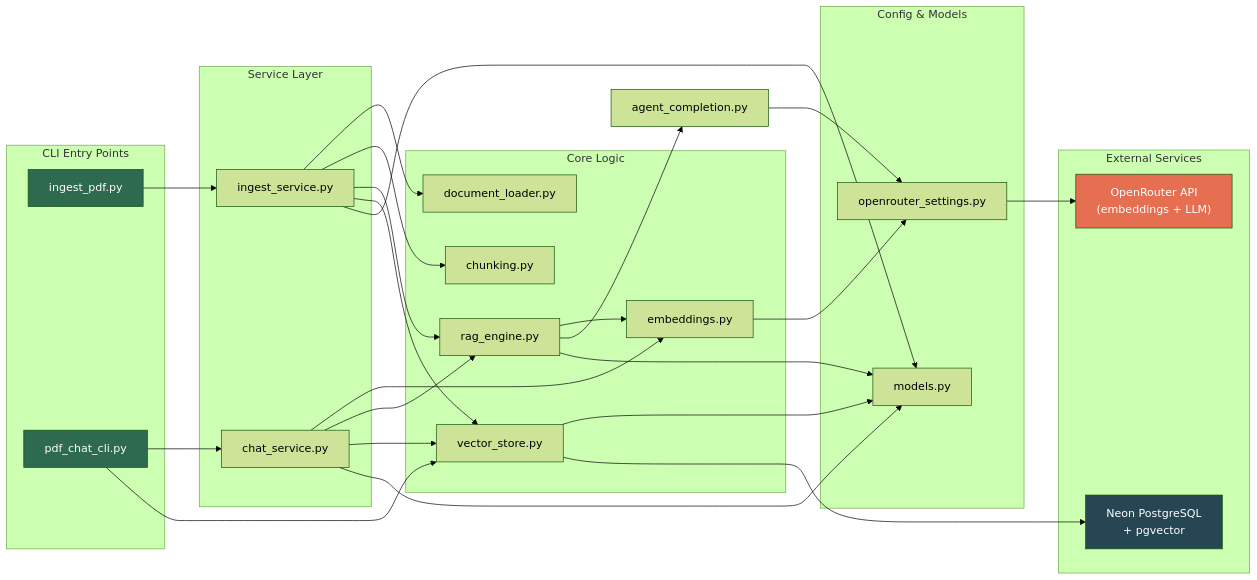
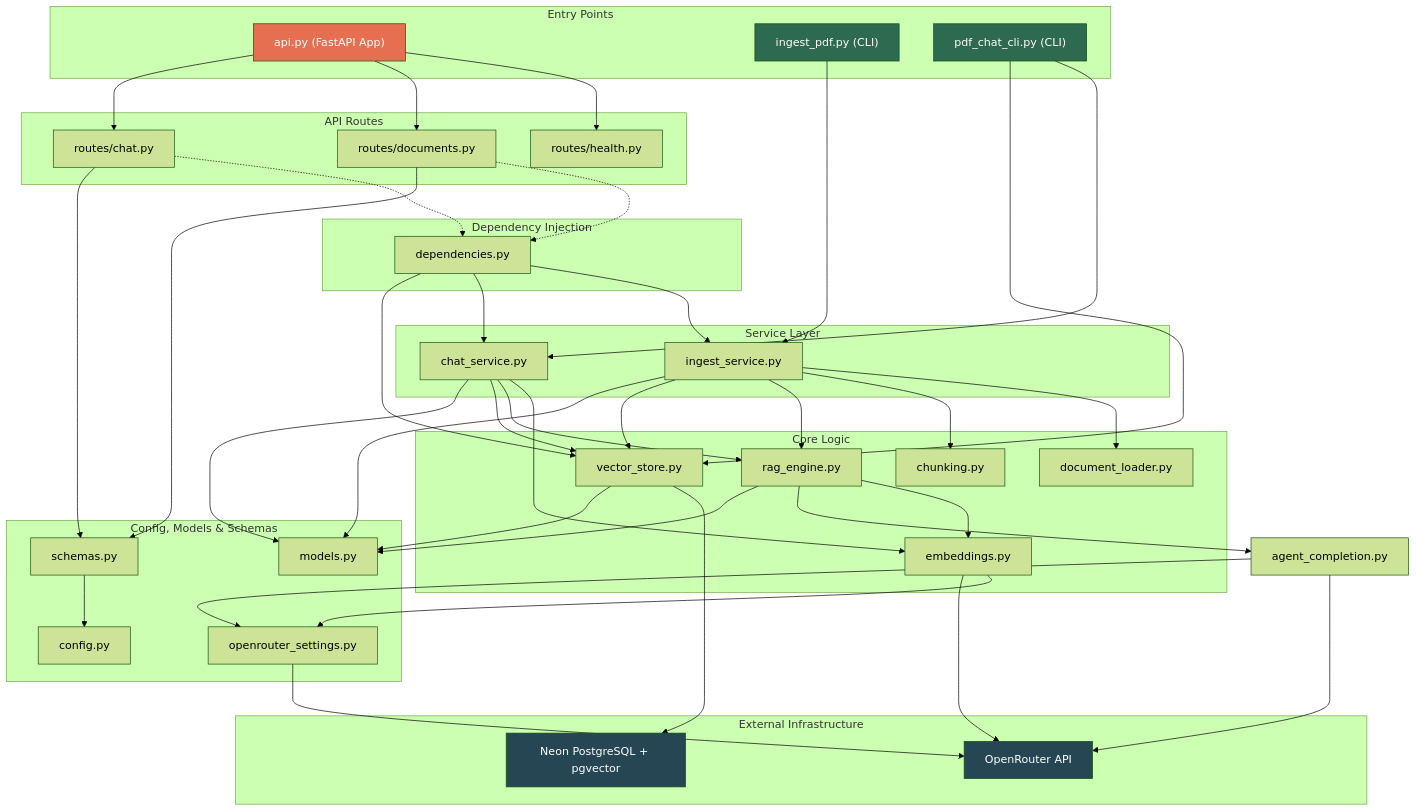
The fourth of 4 diagrams in project_flow.md (hasnatsakil/agentic-rag-service), drawn with Mermaid (forest theme) before and after one commit. The commit also changed other lines of this file and 34 other files, not shown here.

Commit message:
feat: Week 3 update - fastapi REST API layer with pydantic schemas

````diff
--- a/project_flow.md
+++ b/project_flow.md
@@ -87,8 +135,19 @@
 ```mermaid
-flowchart LR
-    subgraph CLI["CLI Entry Points"]
-        IP["ingest_pdf.py"]
-        PC["pdf_chat_cli.py"]
+flowchart TD
+    subgraph Entry["Entry Points"]
+        API["api.py (FastAPI App)"]
+        IP["ingest_pdf.py (CLI)"]
+        PC["pdf_chat_cli.py (CLI)"]
+    end
+
+    subgraph API_Routes["API Routes"]
+        RH["routes/health.py"]
+        RD["routes/documents.py"]
+        RC["routes/chat.py"]
+    end
+
+    subgraph Dependency["Dependency Injection"]
+        DEP["dependencies.py"]
     end
 
     subgraph Services["Service Layer"]
@@ -104,44 +163,61 @@
         VS["vector_store.py"]
     end
 
-    subgraph Config["Config & Models"]
+    subgraph Config_Models["Config, Models & Schemas"]
+        CONF["config.py"]
+        SCH["schemas.py"]
         OR["openrouter_settings.py"]
         MD["models.py"]
     end
 
-    subgraph External["External Services"]
-        NE["Neon PostgreSQL\n+ pgvector"]
-        OA["OpenRouter API\n(embeddings + LLM)"]
+    subgraph External["External Infrastructure"]
+        NE["Neon PostgreSQL + pgvector"]
+        OA["OpenRouter API"]
     end
 
+    %% Routing Flow
+    API --> RH
+    API --> RD
+    API --> RC
+
+    %% Dependency Connections
+    RD -.-> DEP
+    RC -.-> DEP
+    DEP --> IS
+    DEP --> CS
+    DEP --> VS
+
+    %% CLI Connections
     IP --> IS
     PC --> CS
     PC --> VS
 
+    %% Service Connections
     IS --> DL
     IS --> CH
     IS --> RE
     IS --> VS
-    IS --> MD
-
+    
     CS --> EM
     CS --> RE
     CS --> VS
-    CS --> MD
 
+    %% Core Connections
     RE --> EM
     RE --> AC["agent_completion.py"]
-    RE --> MD
-
     EM --> OR
     AC --> OR
-    VS --> MD
-
-    OR --> OA
     VS --> NE
 
+    %% Configuration & Schema usage
+    RD & RC --> SCH
+    SCH --> CONF
+    VS & IS & CS & RE --> MD
+    OR & AC & EM --> OA
+
+    style API fill:#e76f51,color:#fff
     style IP fill:#2d6a4f,color:#fff
     style PC fill:#2d6a4f,color:#fff
     style NE fill:#264653,color:#fff
-    style OA fill:#e76f51,color:#fff
+    style OA fill:#264653,color:#fff
 ```
````
